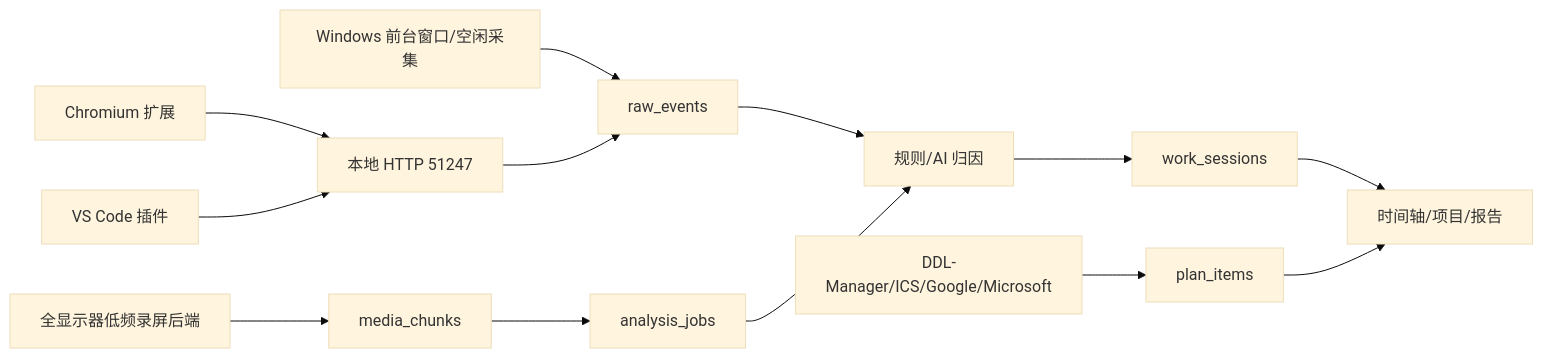
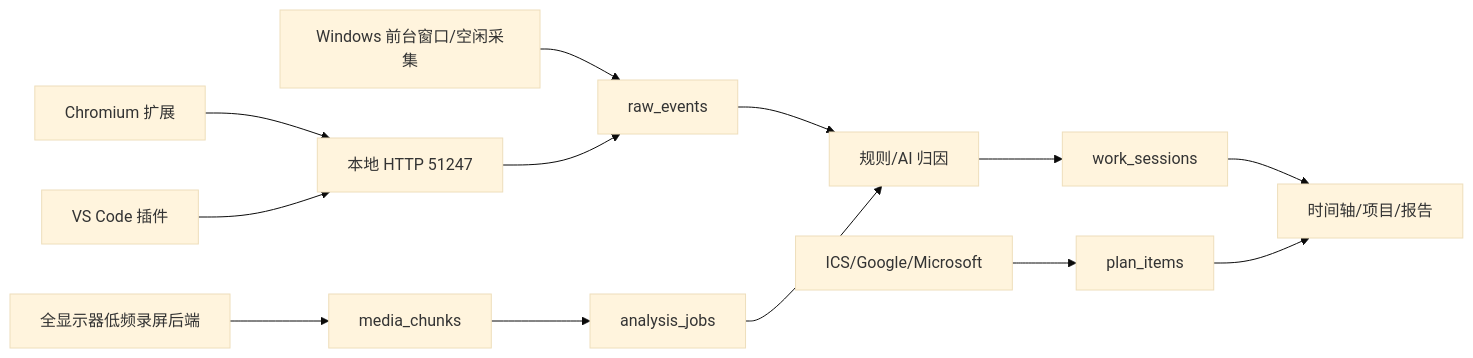
The diagram in docs/ARCHITECTURE.md (ShallowForeverDream/ScreenUse), drawn with Mermaid (base theme) before and after one commit. The commit also changed other lines of this file and 12 other files, not shown here.

````diff
--- a/docs/ARCHITECTURE.md
+++ b/docs/ARCHITECTURE.md
@@ -5,15 +5,15 @@
 ```mermaid
 flowchart LR
   W[Windows 前台窗口/空闲采集] --> R[raw_events]
   B[Chromium 扩展] --> H[本地 HTTP 51247]
   V[VS Code 插件] --> H
   H --> R
   M[全显示器低频录屏后端] --> C[media_chunks]
   C --> Q[analysis_jobs]
   R --> A[规则/AI 归因]
   Q --> A
   A --> S[work_sessions]
-  D[DDL-Manager/ICS/Google/Microsoft] --> P[plan_items]
+  D[ICS/Google/Microsoft] --> P[plan_items]
   S --> UI[时间轴/项目/报告]
   P --> UI
 ```
````
